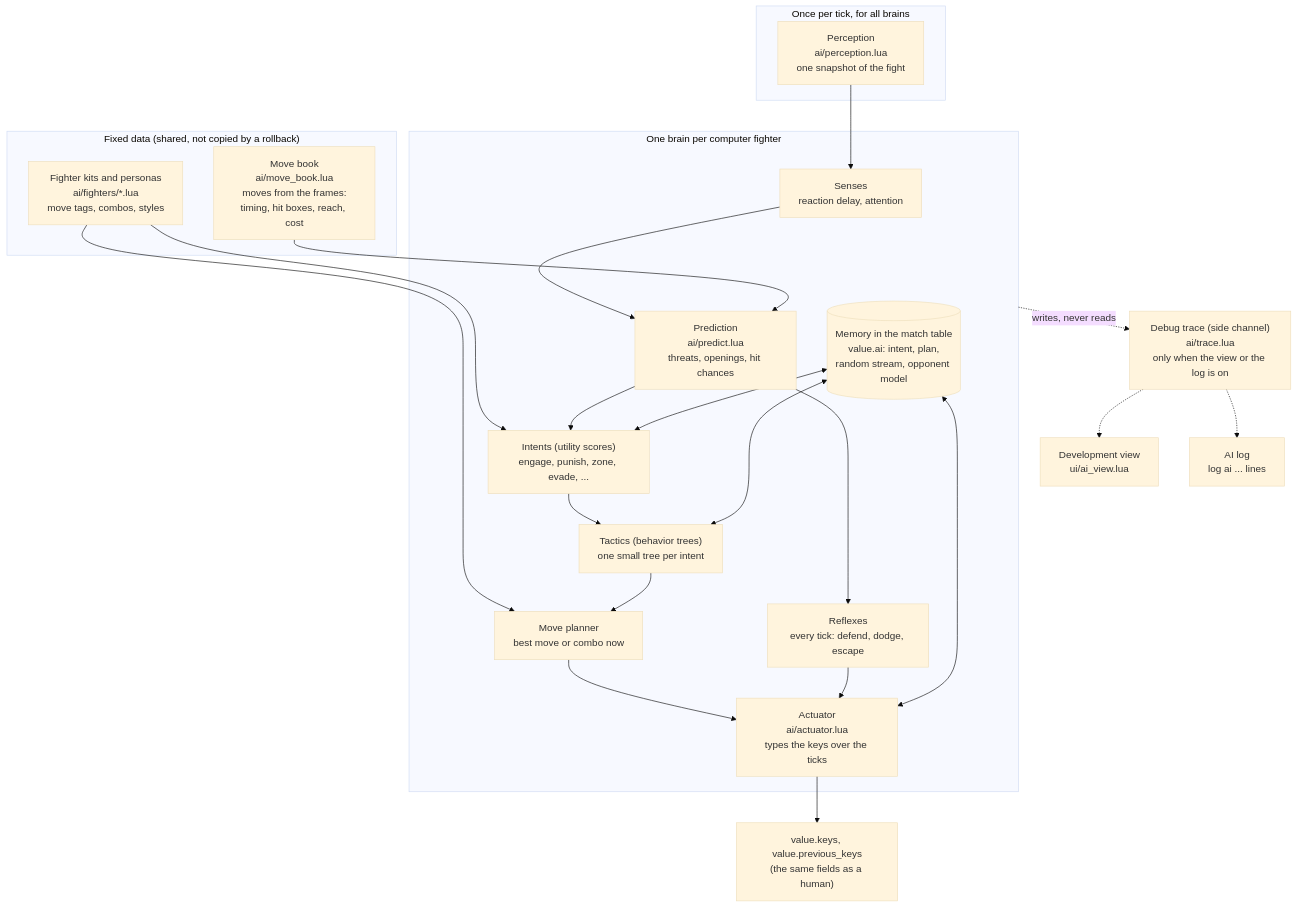
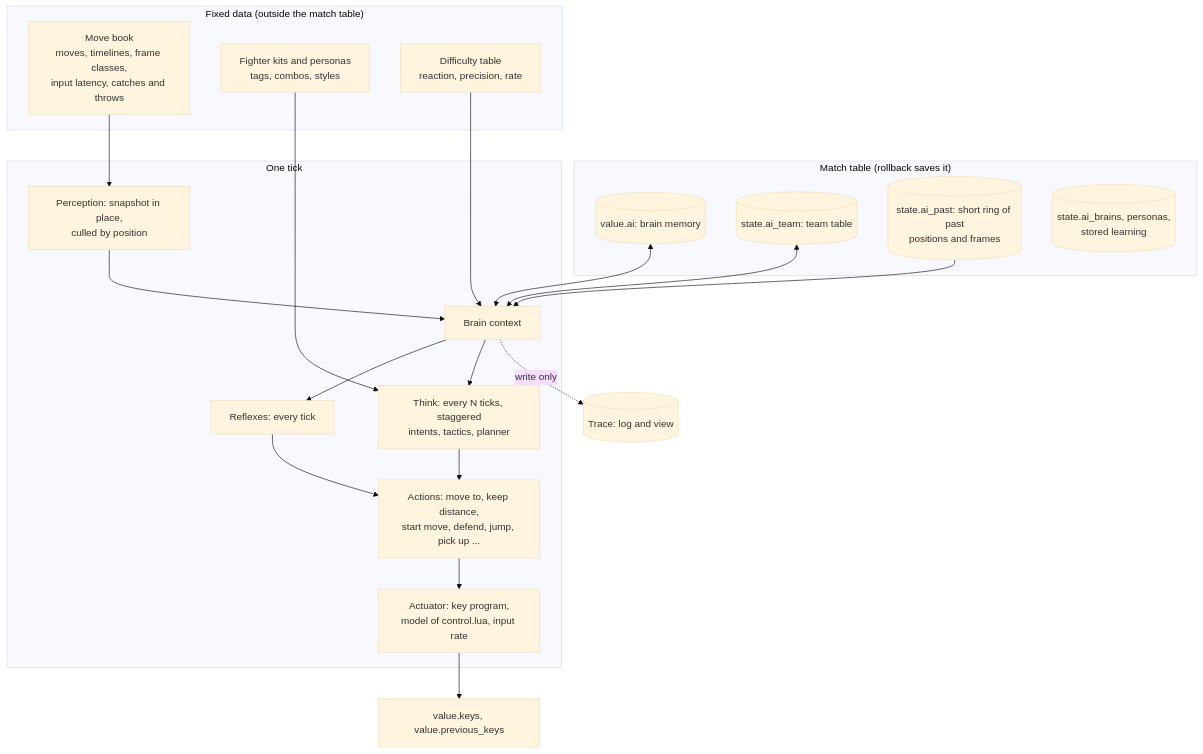
Before and after one commit to xmfcx/OpenLF2: the diagram in docs/ai-plan.md, drawn with Mermaid (base theme). The commit also changed other lines of this file and 3 other files, not shown here.

````diff
--- a/docs/ai-plan.md
+++ b/docs/ai-plan.md
@@ -42,35 +47,33 @@
 ```mermaid
 flowchart TB
-    subgraph data["Fixed data (shared, not copied by a rollback)"]
-        book["Move book<br/>ai/move_book.lua<br/>moves from the frames:<br/>timing, hit boxes, reach, cost"]
-        kits["Fighter kits and personas<br/>ai/fighters/*.lua<br/>move tags, combos, styles"]
+    subgraph fixed["Fixed data (outside the match table)"]
+        book["Move book<br/>moves, timelines, frame classes,<br/>input latency, catches and throws"]
+        kits["Fighter kits and personas<br/>tags, combos, styles"]
+        difficulty["Difficulty table<br/>reaction, precision, rate"]
     end
-    subgraph tick["Once per tick, for all brains"]
-        world["Perception<br/>ai/perception.lua<br/>one snapshot of the fight"]
+    subgraph match["Match table (rollback saves it)"]
+        memory[("value.ai: brain memory")]
+        team[("state.ai_team: team table")]
+        past[("state.ai_past: short ring of past<br/>positions and frames")]
+        options[("state.ai_brains, personas,<br/>stored learning")]
     end
-    subgraph brain["One brain per computer fighter"]
-        senses["Senses<br/>reaction delay, attention"]
-        predict["Prediction<br/>ai/predict.lua<br/>threats, openings, hit chances"]
-        memory[("Memory in the match table<br/>value.ai: intent, plan,<br/>random stream, opponent model")]
-        reflex["Reflexes<br/>every tick: defend, dodge, escape"]
-        intents["Intents (utility scores)<br/>engage, punish, zone, evade, ..."]
-        tactics["Tactics (behavior trees)<br/>one small tree per intent"]
-        planner["Move planner<br/>best move or combo now"]
-        actuator["Actuator<br/>ai/actuator.lua<br/>types the keys over the ticks"]
+    subgraph tick["One tick"]
+        world["Perception: snapshot in place,<br/>culled by position"]
+        context["Brain context"]
+        reflex["Reflexes: every tick"]
+        think["Think: every N ticks, staggered<br/>intents, tactics, planner"]
+        action["Actions: move to, keep distance,<br/>start move, defend, jump, pick up ..."]
+        actuator["Actuator: key program,<br/>model of control.lua, input rate"]
     end
-    trace["Debug trace (side channel)<br/>ai/trace.lua<br/>only when the view or the log is on"]
-    world --> senses --> predict
-    book --> predict
-    kits --> intents
-    kits --> planner
-    predict --> reflex
-    predict --> intents --> tactics --> planner --> actuator
-    reflex --> actuator
-    memory <--> intents
-    memory <--> tactics
-    memory <--> actuator
-    actuator --> keys["value.keys, value.previous_keys<br/>(the same fields as a human)"]
-    brain -.->|"writes, never reads"| trace
-    trace -.-> view["Development view<br/>ui/ai_view.lua"]
-    trace -.-> log["AI log<br/>log ai ... lines"]
+    book --> world
+    world --> context
+    past --> context
+    memory <--> context
+    team <--> context
+    kits --> think
+    difficulty --> context
+    context --> reflex --> action
+    context --> think --> action
+    action --> actuator --> keys["value.keys, value.previous_keys"]
+    context -.->|"write only"| trace[("Trace: log and view")]
 ```
````
